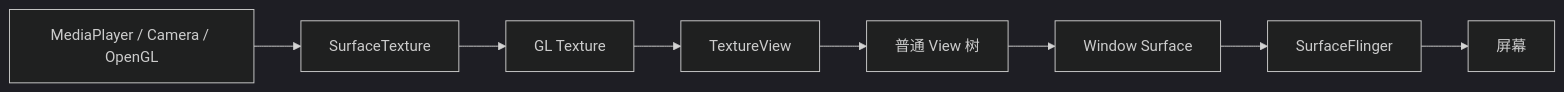
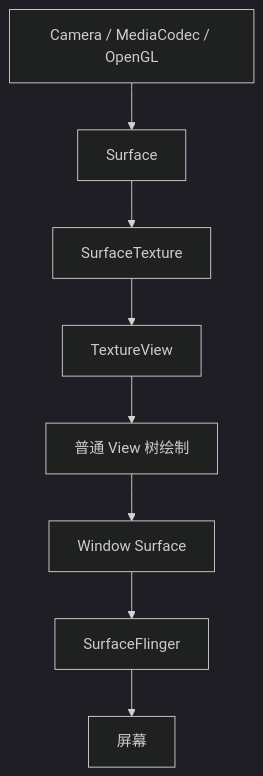
The fourth of 5 diagrams in 绘制相关/SurfaceView和TextureView使用.md (junyingzhao001/StudyNotes), drawn with Mermaid (dark theme) before and after one commit. The commit also changed other lines of this file and 15 other files, not shown here.

````diff
--- a/绘制相关/SurfaceView和TextureView使用.md
+++ b/绘制相关/SurfaceView和TextureView使用.md
@@ -252,10 +251,10 @@
 ```mermaid
-flowchart LR
-  A["MediaPlayer / Camera / OpenGL"] --> B["SurfaceTexture"]
-  B --> C["GL Texture"]
-  C --> D["TextureView"]
-  D --> E["普通 View 树"]
-  E --> F["Window Surface"]
-  F --> G["SurfaceFlinger"]
-  G --> H["屏幕"]
+flowchart TD
+    A["Camera / MediaCodec / OpenGL"] --> B["Surface"]
+    B --> C["SurfaceTexture"]
+    C --> D["TextureView"]
+    D --> E["普通 View 树绘制"]
+    E --> F["Window Surface"]
+    F --> G["SurfaceFlinger"]
+    G --> H["屏幕"]
 ```
````
